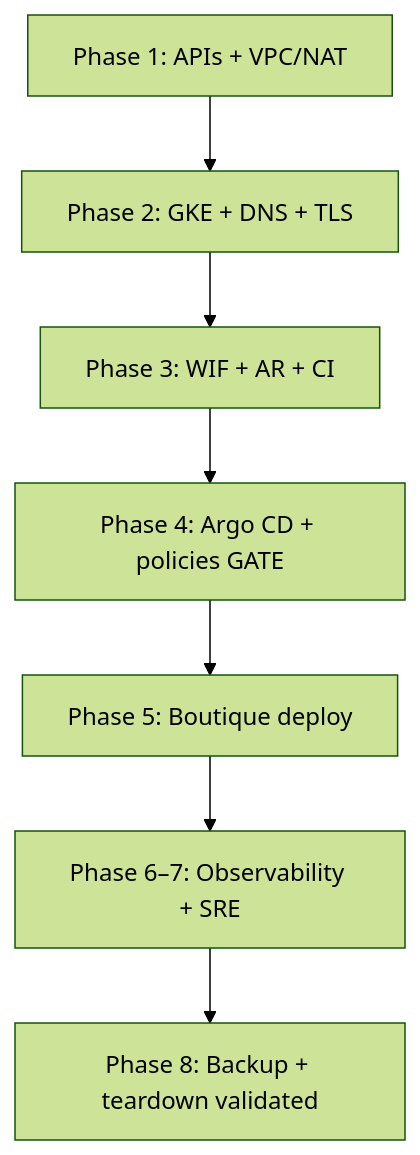
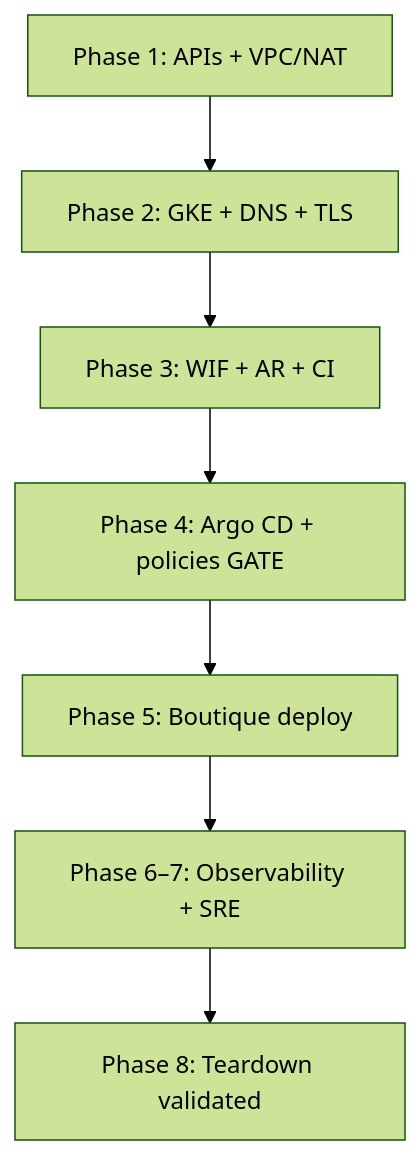
The diagram in docs/bootstrap.md (btilki/boutique-gke-sre), drawn with Mermaid (forest theme) before and after one commit. The commit also changed other lines of this file and 28 other files, not shown here.

````diff
--- a/docs/bootstrap.md
+++ b/docs/bootstrap.md
@@ -28,9 +28,9 @@
 ```mermaid
 flowchart TB
   P1[Phase 1: APIs + VPC/NAT] --> P2[Phase 2: GKE + DNS + TLS]
   P2 --> P3[Phase 3: WIF + AR + CI]
   P3 --> P4[Phase 4: Argo CD + policies GATE]
   P4 --> P5[Phase 5: Boutique deploy]
   P5 --> P6[Phase 6–7: Observability + SRE]
-  P6 --> P8[Phase 8: Backup + teardown validated]
+  P6 --> P8[Phase 8: Teardown validated]
 ```
````
